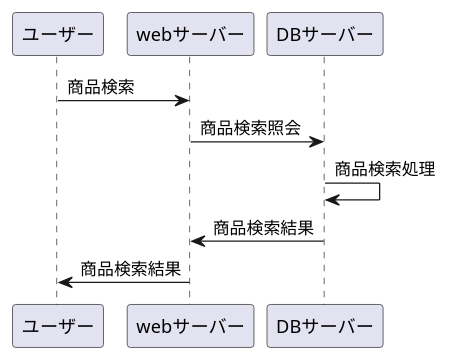
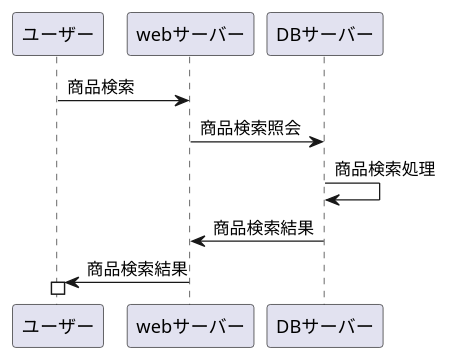
The diagram in sample.md (Aso2001397/2021sys-design), drawn with PlantUML before and after one commit.

````diff
--- a/sample.md
+++ b/sample.md
@@ -1,9 +1,11 @@
 ```uml
 @startuml 
 ユーザー -> webサーバー : 商品検索
 webサーバー -> DBサーバー : 商品検索照会
 DBサーバー -> DBサーバー : 商品検索処理
 DBサーバー -> webサーバー : 商品検索結果
 webサーバー -> ユーザー : 商品検索結果
+
+activate ユーザー
 @enduml
 ```
````
